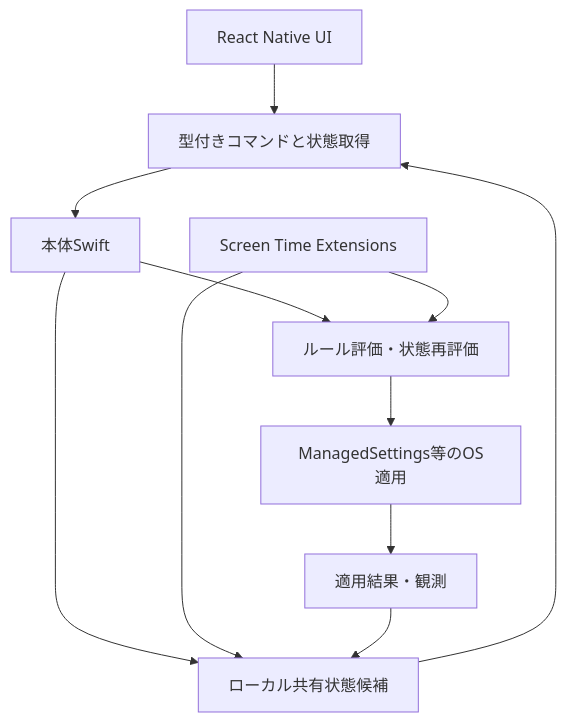
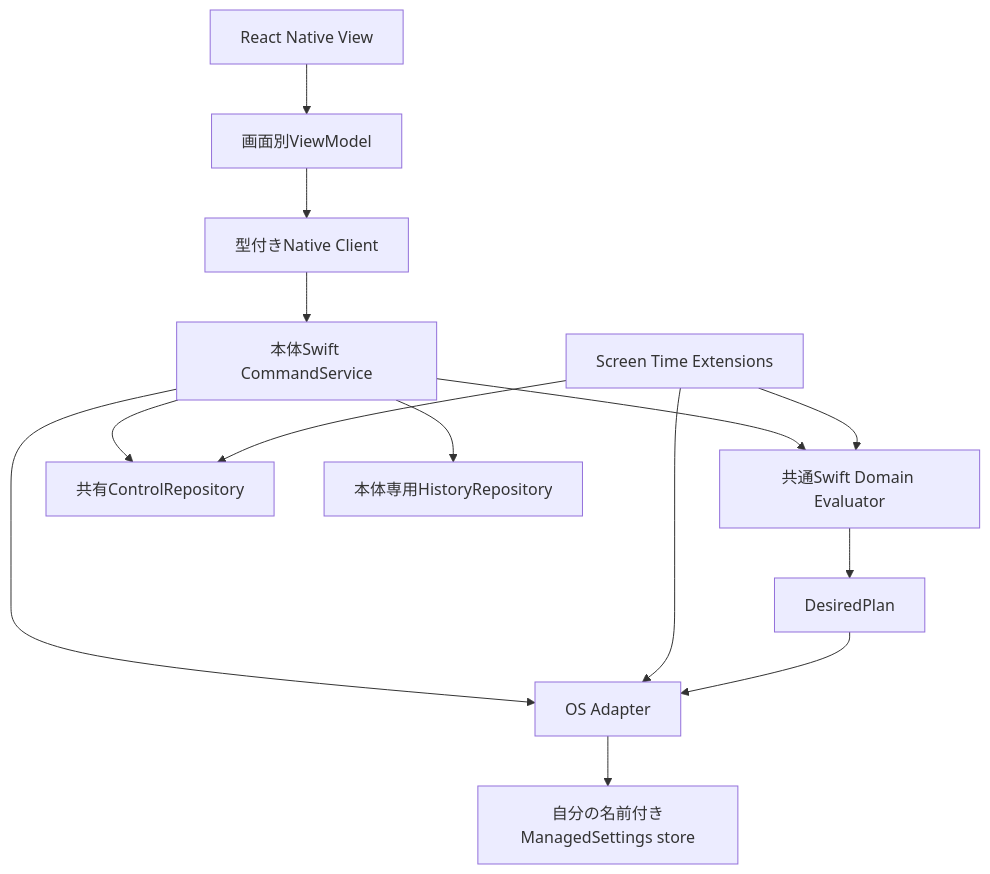
Before and after one commit to kzk-maeda/itoma: the first of 2 diagrams in docs/system/architecture.md, drawn with Mermaid. The commit also changed other lines of this file and 12 other files, not shown here.

Commit message:
docs: propose core domain rules architecture and persistence design

````diff
--- a/docs/system/architecture.md
+++ b/docs/system/architecture.md
@@ -8,13 +18,16 @@
 ```mermaid
 flowchart TD
-  UI[React Native UI] --> API[型付きコマンドと状態取得]
-  API --> Native[本体Swift]
-  Native --> Shared[ローカル共有状態候補]
-  Ext[Screen Time Extensions] --> Shared
-  Native --> Eval[ルール評価・状態再評価]
-  Ext --> Eval
-  Eval --> OS[ManagedSettings等のOS適用]
-  OS --> Result[適用結果・観測]
-  Result --> Shared
-  Shared --> API
+  V[React Native View] --> VM[画面別ViewModel]
+  VM --> Client[型付きNative Client]
+  Client --> App[本体Swift CommandService]
+  App --> Core[共通Swift Domain Evaluator]
+  Ext[Screen Time Extensions] --> Core
+  App --> Repo[共有ControlRepository]
+  Ext --> Repo
+  App --> Private[本体専用HistoryRepository]
+  Core --> Plan[DesiredPlan]
+  App --> Adapter[OS Adapter]
+  Ext --> Adapter
+  Plan --> Adapter
+  Adapter --> Store[自分の名前付きManagedSettings store]
 ```
````
